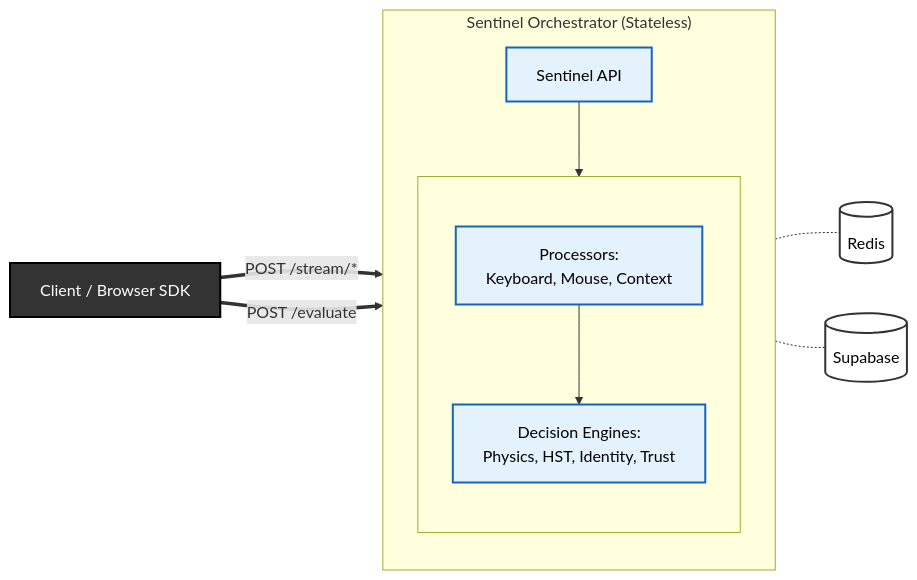
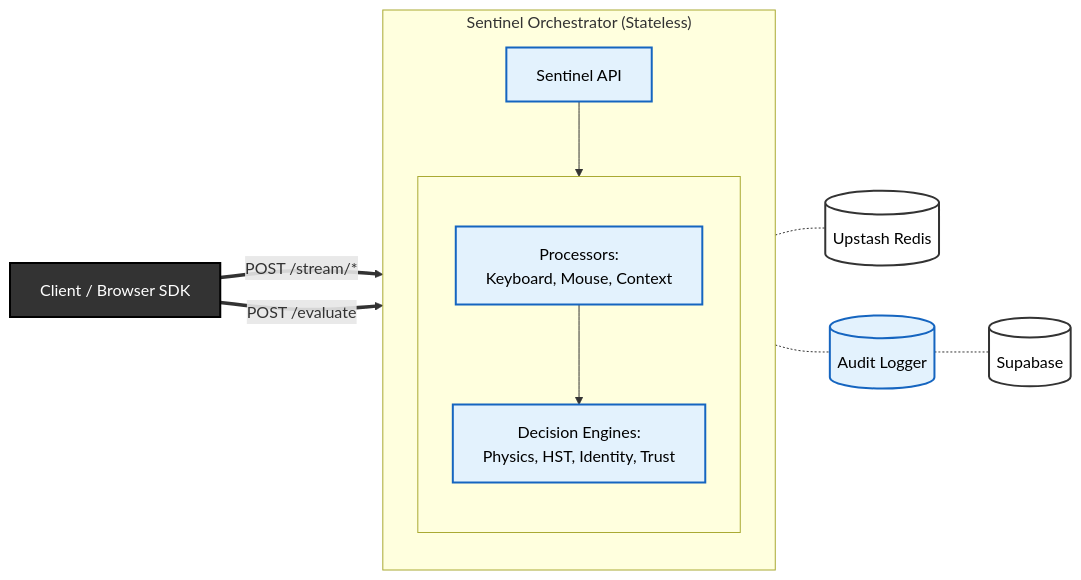
Before and after one commit to OFF-rtk/sentinel-core: the diagram in docs/architecture.md, drawn with Mermaid. The commit also changed other lines of this file and 8 other files, not shown here.

````diff
--- a/docs/architecture.md
+++ b/docs/architecture.md
@@ -7,35 +7,36 @@
 ```mermaid
 graph LR
     %% 1. Styling Definitions (High Contrast)
     classDef client fill:#333,stroke:#000,stroke-width:2px,color:#fff;
     classDef logic fill:#e3f2fd,stroke:#1565c0,stroke-width:2px,color:#000;
     classDef storage fill:#fff,stroke:#333,stroke-width:2px,color:#000;
 
     %% 2. Nodes & Structure
     Client["Client / Browser SDK"]:::client
 
     subgraph Orchestrator ["Sentinel Orchestrator (Stateless)"]
         direction TB
         %% Adding a non-visible spacer or just clear flow helps overlap
         API["Sentinel API"]:::logic
         
         %% Grouping logic components
         subgraph Logic [" "]
             direction TB
             Processor["Processors:<br/>Keyboard, Mouse, Context"]:::logic
             Models["Decision Engines:<br/>Physics, HST, Identity, Trust"]:::logic
         end
         
         API --> Processor
         Processor --> Models
     end
 
     %% 3. Connections
     %% Thick arrows for main traffic
     Client ==>|"POST /stream/*"| API
     Client ==>|"POST /evaluate"| API
 
     %% Dotted lines for persistence/state
-    API -.- Redis[(Redis)]:::storage
-    API -.- Supabase[(Supabase)]:::storage
+    API -.- Upstash[(Upstash Redis)]:::storage
+    API -.- AuditLogger[(Audit Logger)]:::logic
+    AuditLogger -.- Supabase[(Supabase)]:::storage
 ```
````
